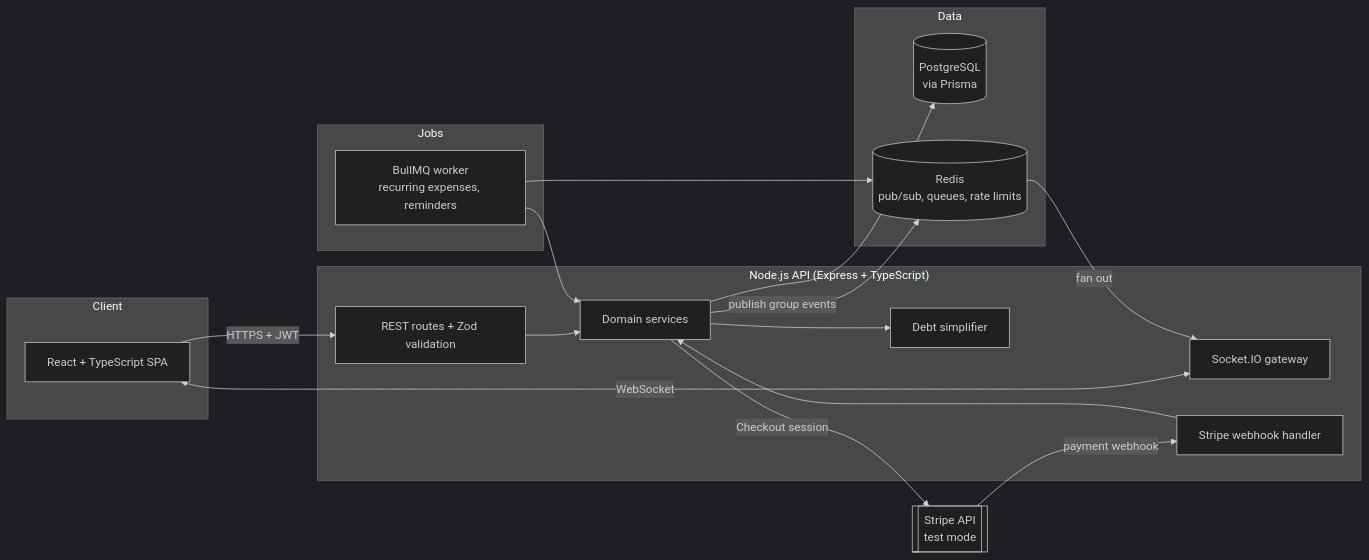
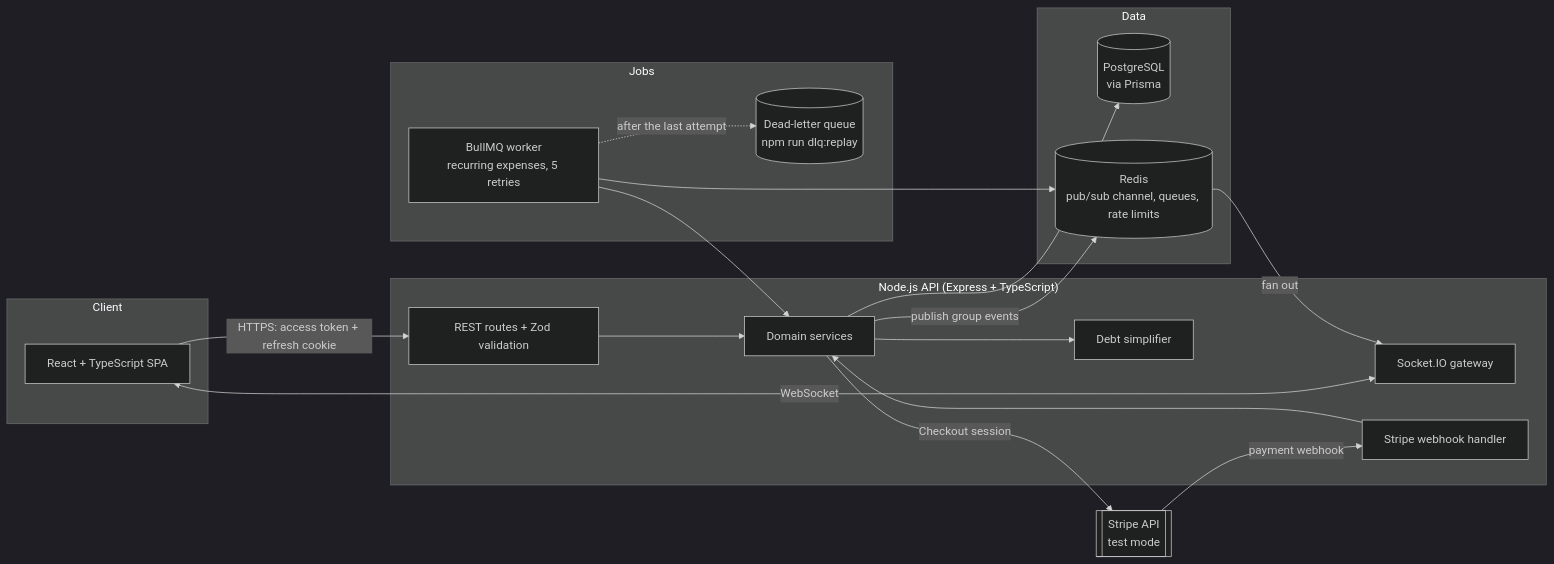
Before and after one commit to ABHI-742/splitpay: the diagram in README.md, drawn with Mermaid (dark theme). The commit also changed other lines of this file and 10 other files, not shown here.

First line of the commit message:
Handle concurrent duplicate expenses and bring architecture docs up to date

````diff
--- a/README.md
+++ b/README.md
@@ -28,38 +28,40 @@
 ```mermaid
 flowchart LR
     subgraph Client
         WEB[React + TypeScript SPA]
     end
 
     subgraph API["Node.js API (Express + TypeScript)"]
         REST[REST routes + Zod validation]
         WS[Socket.IO gateway]
         SVC[Domain services]
         SIMP[Debt simplifier]
         HOOK[Stripe webhook handler]
     end
 
     subgraph Jobs
-        BQ[BullMQ worker<br/>recurring expenses, reminders]
+        BQ[BullMQ worker<br/>recurring expenses, 5 retries]
+        DLQ[(Dead-letter queue<br/>npm run dlq:replay)]
     end
 
     subgraph Data
         PG[(PostgreSQL<br/>via Prisma)]
-        RD[(Redis<br/>pub/sub, queues, rate limits)]
+        RD[(Redis<br/>pub/sub channel, queues, rate limits)]
     end
 
     STRIPE[[Stripe API<br/>test mode]]
 
-    WEB -->|HTTPS + JWT| REST
+    WEB -->|"HTTPS: access token + refresh cookie"| REST
     WEB <-->|WebSocket| WS
     REST --> SVC
     SVC --> SIMP
     SVC --> PG
     SVC -->|publish group events| RD
     RD -->|fan out| WS
     SVC -->|Checkout session| STRIPE
     STRIPE -->|payment webhook| HOOK
     HOOK --> SVC
     BQ --> RD
     BQ --> SVC
+    BQ -.->|after the last attempt| DLQ
 ```
````
